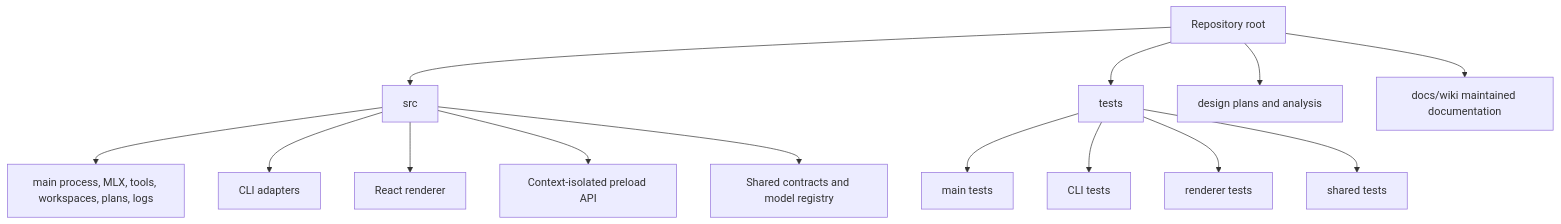
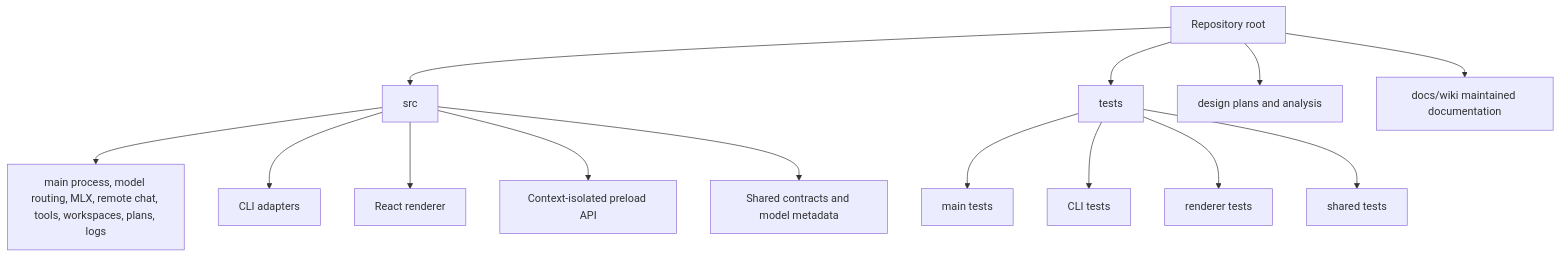
Before and after one commit to martinbechard/gemma_code: the third of 9 diagrams in docs/wiki/technical/architecture.md, drawn with Mermaid. The commit also changed other lines of this file and 33 other files, not shown here.

````diff
--- a/docs/wiki/technical/architecture.md
+++ b/docs/wiki/technical/architecture.md
@@ -152,16 +164,16 @@
 ```mermaid
 flowchart TB
   Repo["Repository root"] --> Src["src"]
-  Src --> Main["main process, MLX, tools, workspaces, plans, logs"]
+  Src --> Main["main process, model routing, MLX, remote chat, tools, workspaces, plans, logs"]
   Src --> Cli["CLI adapters"]
   Src --> Renderer["React renderer"]
   Src --> Preload["Context-isolated preload API"]
-  Src --> Shared["Shared contracts and model registry"]
+  Src --> Shared["Shared contracts and model metadata"]
   Repo --> Tests["tests"]
   Tests --> MainTests["main tests"]
   Tests --> CliTests["CLI tests"]
   Tests --> RendererTests["renderer tests"]
   Tests --> SharedTests["shared tests"]
   Repo --> Design["design plans and analysis"]
   Repo --> Wiki["docs/wiki maintained documentation"]
 ```
````
